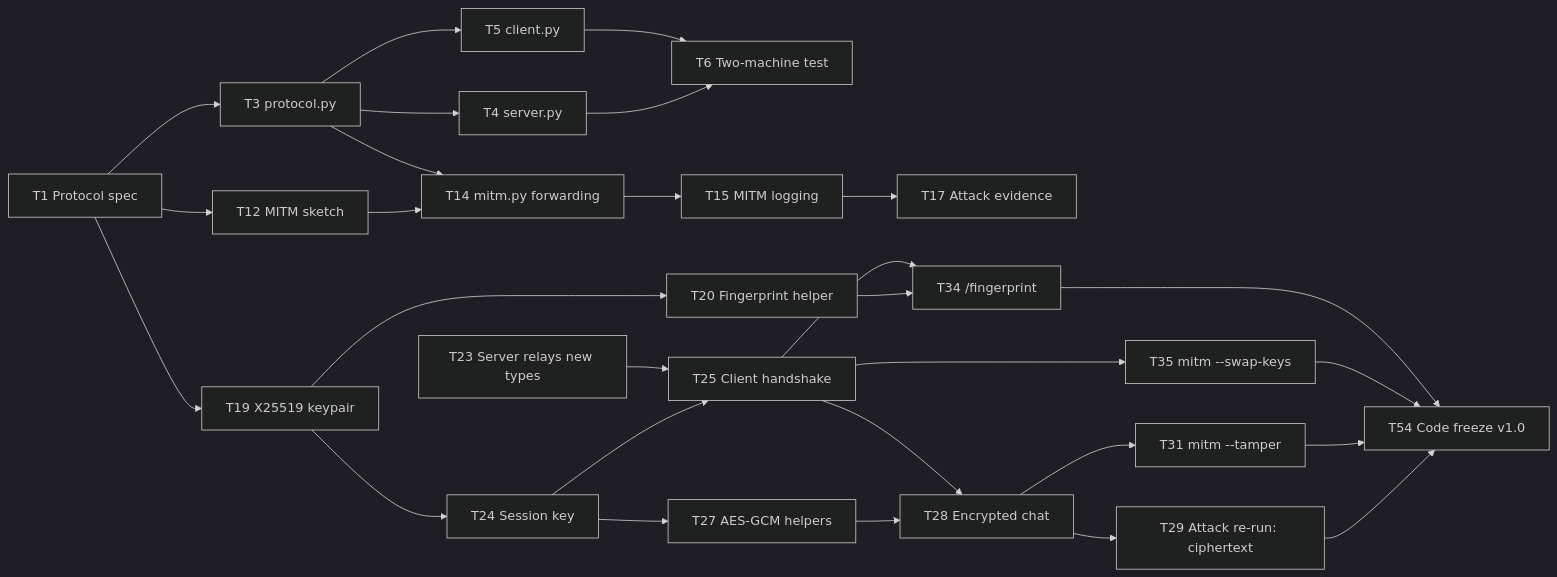
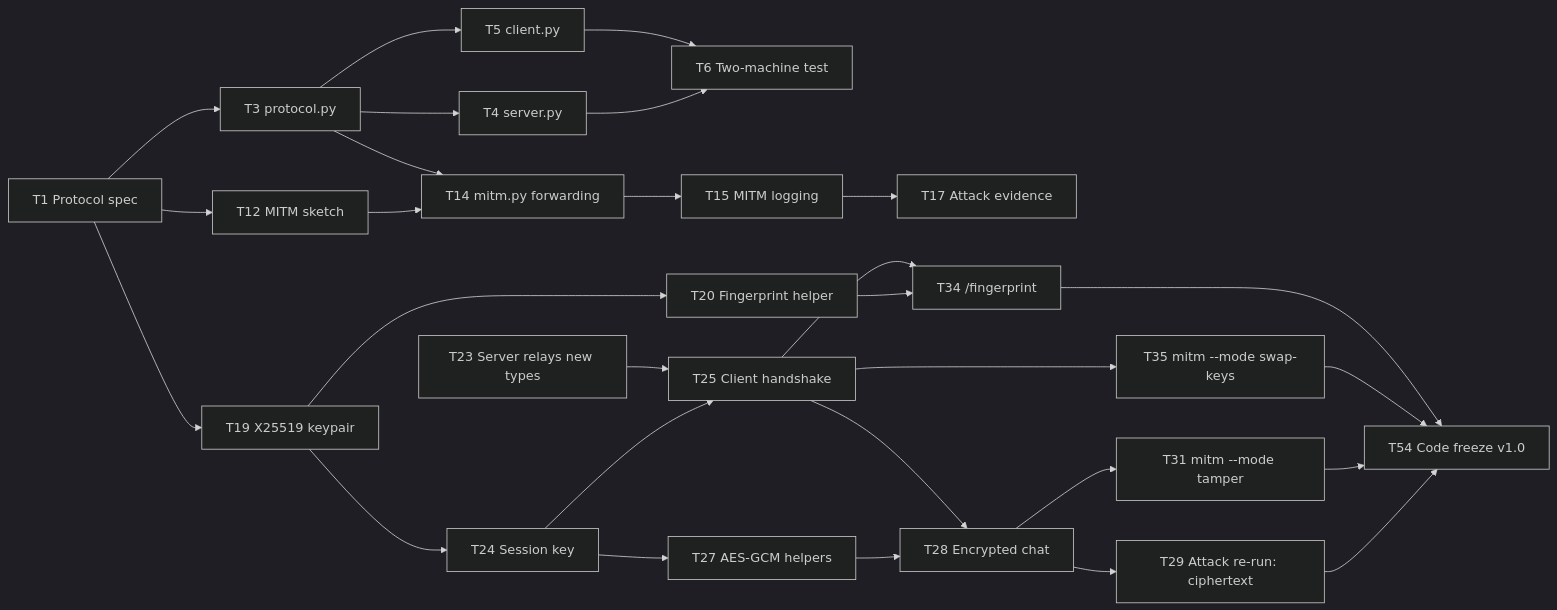
The diagram in docs/ROADMAP.md (nathansalzr/E2EE-Chat), drawn with Mermaid (dark theme) before and after one commit. The commit also changed other lines of this file and 1 other file, not shown here.

Commit message:
Add demo plan: --mode stages, downgrade check, milestone tags and clips

````diff
--- a/docs/ROADMAP.md
+++ b/docs/ROADMAP.md
@@ -52,30 +83,30 @@
 ```mermaid
 flowchart LR
     T1[T1 Protocol spec] --> T3[T3 protocol.py]
     T3 --> T4[T4 server.py]
     T3 --> T5[T5 client.py]
     T4 --> T6[T6 Two-machine test]
     T5 --> T6
     T1 --> T12[T12 MITM sketch]
     T12 --> T14[T14 mitm.py forwarding]
     T3 --> T14
     T14 --> T15[T15 MITM logging]
     T15 --> T17[T17 Attack evidence]
     T1 --> T19[T19 X25519 keypair]
     T19 --> T24[T24 Session key]
     T24 --> T25[T25 Client handshake]
     T23[T23 Server relays new types] --> T25
     T24 --> T27[T27 AES-GCM helpers]
     T27 --> T28[T28 Encrypted chat]
     T25 --> T28
     T28 --> T29[T29 Attack re-run: ciphertext]
-    T28 --> T31[T31 mitm --tamper]
-    T25 --> T35[T35 mitm --swap-keys]
+    T28 --> T31[T31 mitm --mode tamper]
+    T25 --> T35[T35 mitm --mode swap-keys]
     T19 --> T20[T20 Fingerprint helper]
     T20 --> T34[T34 /fingerprint]
     T25 --> T34
     T29 --> T54[T54 Code freeze v1.0]
     T31 --> T54
     T35 --> T54
     T34 --> T54
 ```
````
